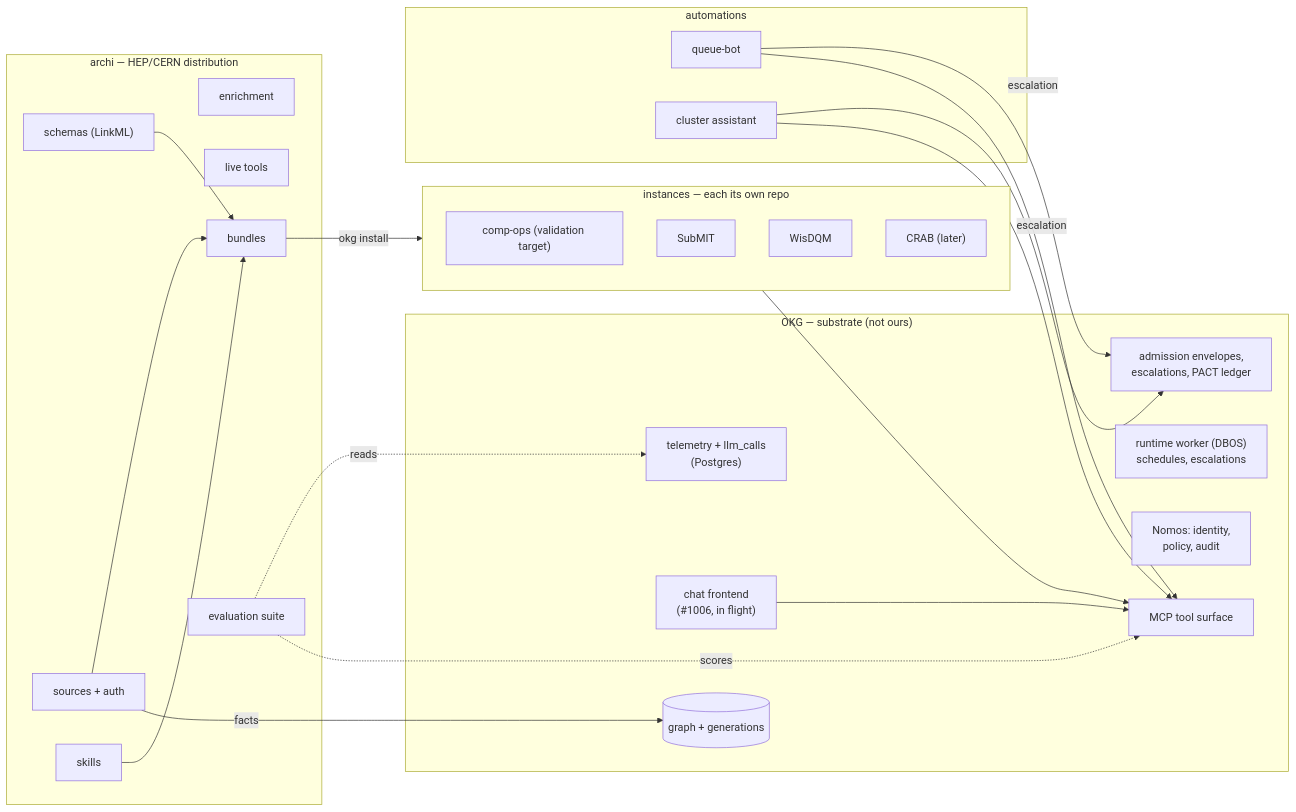
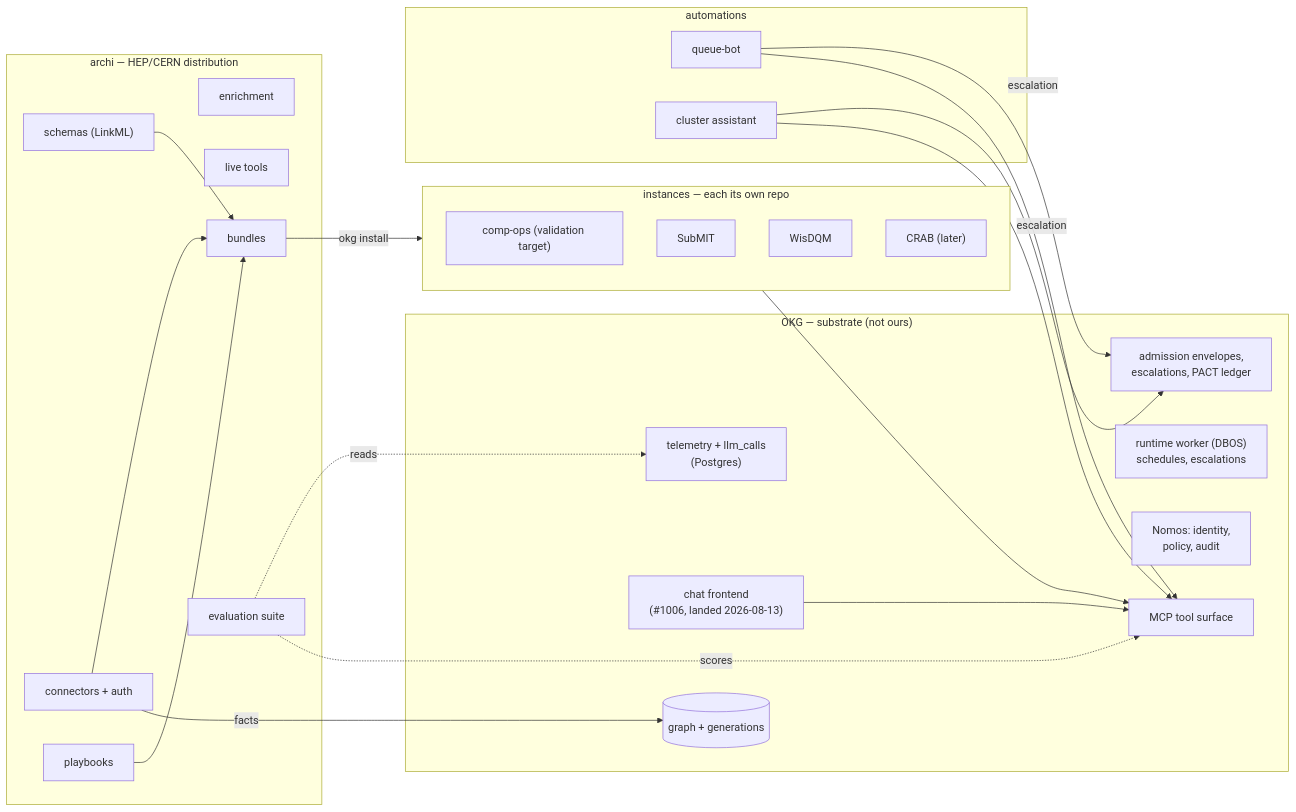
Before and after one commit to mit-submit/A2rchi: the diagram in docs/adr/0001-archi-v3-program-spec.md, drawn with Mermaid. The commit also changed other lines of this file, not shown here.

First line of the commit message:
docs(adr): okg#1178 terminology + landed-premise sweep

````diff
--- a/docs/adr/0001-archi-v3-program-spec.md
+++ b/docs/adr/0001-archi-v3-program-spec.md
@@ -159,48 +159,48 @@
 ```mermaid
 flowchart LR
   subgraph okg["OKG — substrate (not ours)"]
     GRAPH[("graph + generations")]
     MCP["MCP tool surface"]
     RUNTIME["runtime worker (DBOS)\nschedules, escalations"]
     NOMOS["Nomos: identity,\npolicy, audit"]
     REVIEW["admission envelopes,\nescalations, PACT ledger"]
-    CHAT["chat frontend\n(#1006, in flight)"]
+    CHAT["chat frontend\n(#1006, landed 2026-08-13)"]
     TEL["telemetry + llm_calls\n(Postgres)"]
   end
 
   subgraph archi["archi — HEP/CERN distribution"]
     SCHEMAS["schemas (LinkML)"]
-    SRC["sources + auth"]
+    SRC["connectors + auth"]
     ENR["enrichment"]
     TOOLS["live tools"]
-    SKILLS["skills"]
+    SKILLS["playbooks"]
     BUNDLES["bundles"]
     EVAL["evaluation suite"]
   end
 
   subgraph inst["instances — each its own repo"]
     COMPOPS["comp-ops (validation target)"]
     SUBMIT["SubMIT"]
     WISDQM["WisDQM"]
     CRAB["CRAB (later)"]
   end
 
   subgraph auto["automations"]
     QBOT["queue-bot"]
     CLUSTER["cluster assistant"]
   end
 
   BUNDLES -->|okg install| inst
   SCHEMAS --> BUNDLES
   SRC --> BUNDLES
   SKILLS --> BUNDLES
   SRC -->|facts| GRAPH
   EVAL -.->|reads| TEL
   EVAL -.->|scores| MCP
   inst --> MCP
   QBOT -->|escalation| REVIEW
   CLUSTER -->|escalation| REVIEW
   QBOT --> MCP
   CLUSTER --> MCP
   CHAT --> MCP
 ```
````
